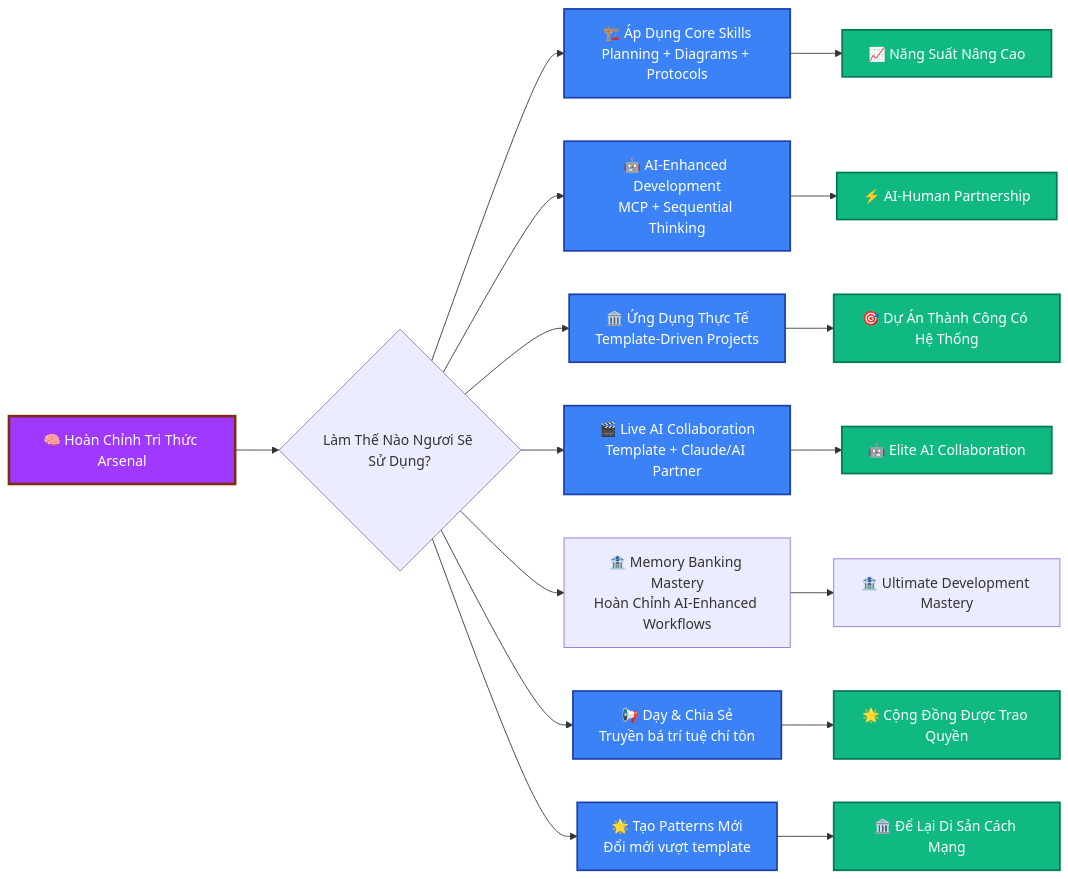
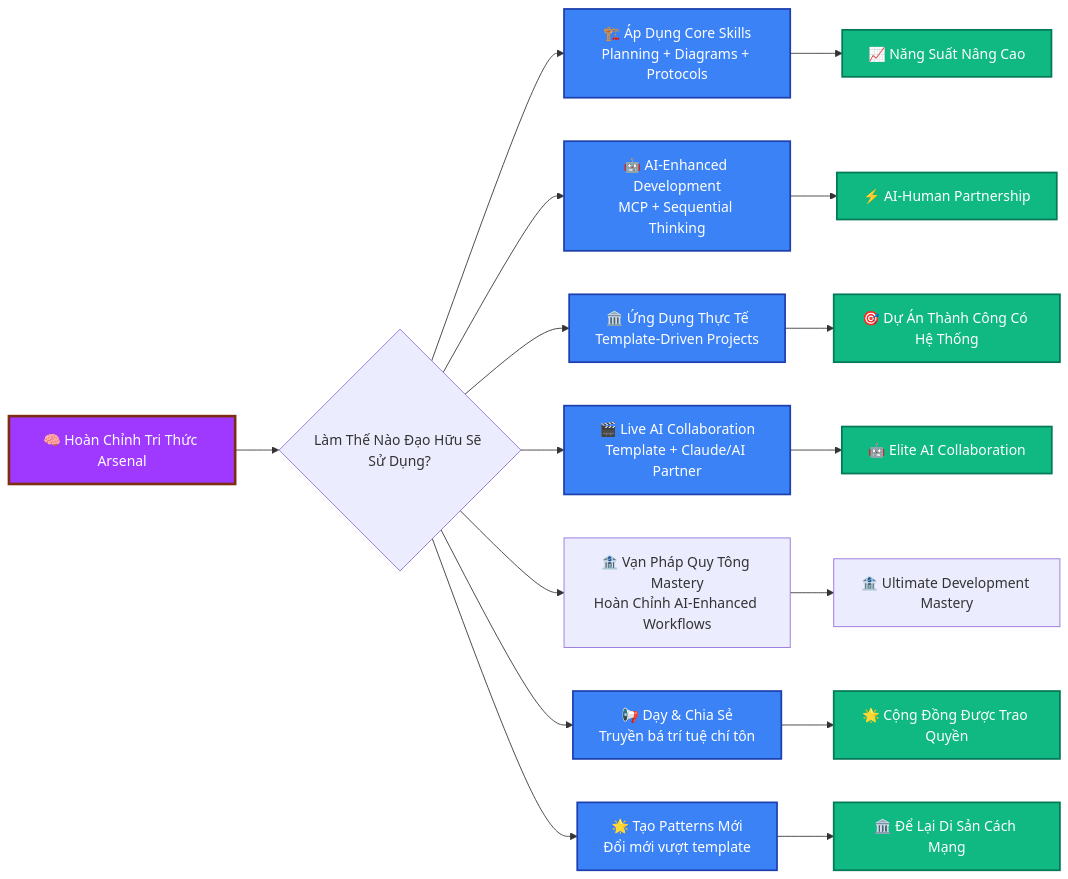
The eighth of 8 diagrams in README-TUTIEN.md (giang6283623/cursor-tip), drawn with Mermaid before and after one commit. The commit also changed other lines of this file and 7 other files, not shown here.

````diff
--- a/README-TUTIEN.md
+++ b/README-TUTIEN.md
@@ -655,28 +687,28 @@
 ```mermaid
 graph LR
-    Knowledge[🧠 Hoàn Chỉnh Tri Thức Arsenal] --> Apply{Làm Thế Nào Ngươi Sẽ Sử Dụng?}
+    Knowledge[🧠 Hoàn Chỉnh Tri Thức Arsenal] --> Apply{Làm Thế Nào Đạo Hữu Sẽ Sử Dụng?}
 
     Apply --> CoreProjects[🏗️ Áp Dụng Core Skills<br/>Planning + Diagrams + Protocols]
     Apply --> AIProjects[🤖 AI-Enhanced Development<br/>MCP + Sequential Thinking]
     Apply --> RealWorld[🏛️ Ứng Dụng Thực Tế<br/>Template-Driven Projects]
     Apply --> LiveCollab[🎬 Live AI Collaboration<br/>Template + Claude/AI Partner]
-    Apply --> MemoryBanking[🏦 Memory Banking Mastery<br/>Hoàn Chỉnh AI-Enhanced Workflows]
+    Apply --> MemoryBanking[🏦 Vạn Pháp Quy Tông Mastery<br/>Hoàn Chỉnh AI-Enhanced Workflows]
     Apply --> Teaching[📢 Dạy & Chia Sẻ<br/>Truyền bá trí tuệ chí tôn]
     Apply --> Innovation[🌟 Tạo Patterns Mới<br/>Đổi mới vượt template]
 
     CoreProjects --> CoreSuccess[📈 Năng Suất Nâng Cao]
     AIProjects --> AISuccess[⚡ AI-Human Partnership]
     RealWorld --> RealSuccess[🎯 Dự Án Thành Công Có Hệ Thống]
     LiveCollab --> CollabSuccess[🤖 Elite AI Collaboration]
     MemoryBanking --> UltimateSuccess[🏦 Ultimate Development Mastery]
     Teaching --> Community[🌟 Cộng Đồng Được Trao Quyền]
     Innovation --> Legacy[🏛️ Để Lại Di Sản Cách Mạng]
 
     classDef knowledge fill:#9f39ff,stroke:#7c2d12,stroke-width:3px,color:#fff
     classDef action fill:#3b82f6,stroke:#1e40af,stroke-width:2px,color:#fff
     classDef outcome fill:#10b981,stroke:#047857,stroke-width:2px,color:#fff
 
     class Knowledge knowledge
     class CoreProjects,AIProjects,RealWorld,LiveCollab,Teaching,Innovation action
     class CoreSuccess,AISuccess,RealSuccess,CollabSuccess,Community,Legacy outcome
 ```
````
